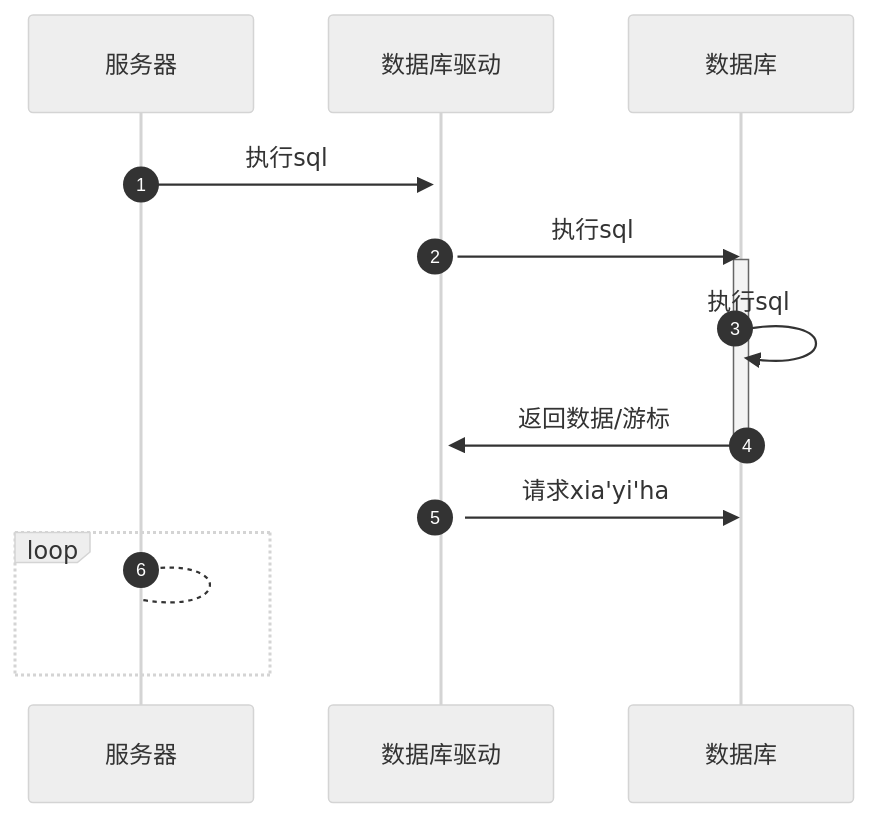
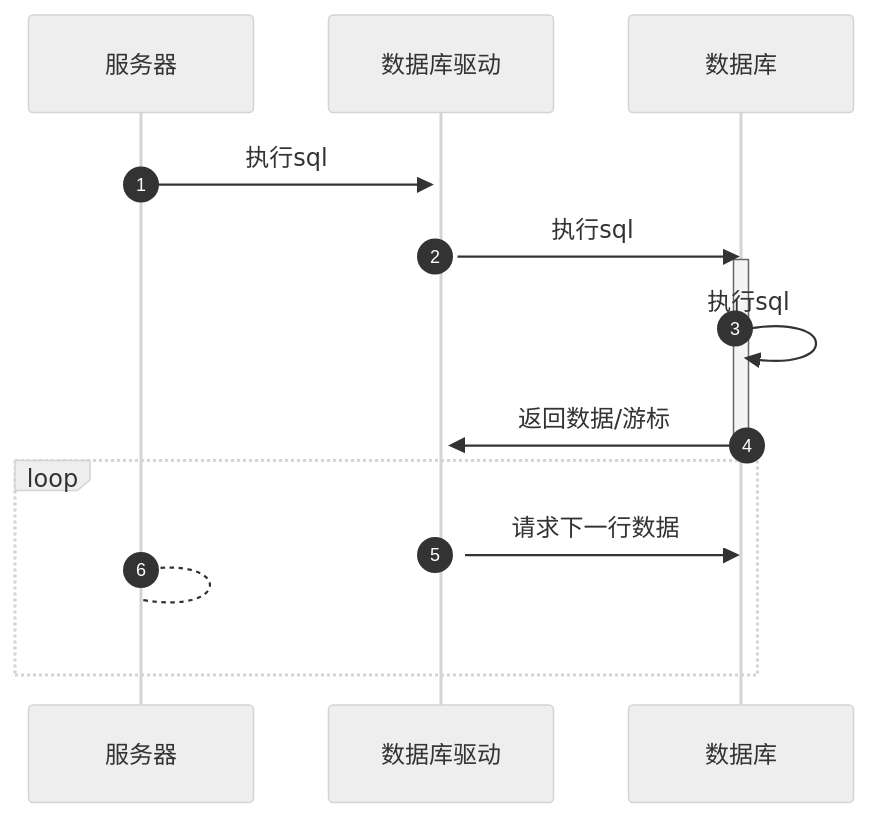
Before and after one commit to HY-10-8/iodraw-files: the diagram in all/AI-服务查询数据.md, drawn with Mermaid (neutral theme).

Commit message:
2025-11-27 17:40:38 update

````diff
--- a/all/AI-服务查询数据.md
+++ b/all/AI-服务查询数据.md
@@ -1,16 +1,16 @@
 ```mermaid
 sequenceDiagram
     autonumber
     服务器->>+数据库驱动: 执行sql
     数据库驱动->>数据库:执行sql
 
     activate 数据库
     数据库->>数据库: 执行sql
     数据库->>+数据库驱动: 返回数据/游标
     deactivate 数据库
 
-    数据库驱动->>数据库: 请求xia'yi'ha
     loop 
+        数据库驱动->>数据库: 请求下一行数据
         服务器-->服务器: 
     end
 ```
````
